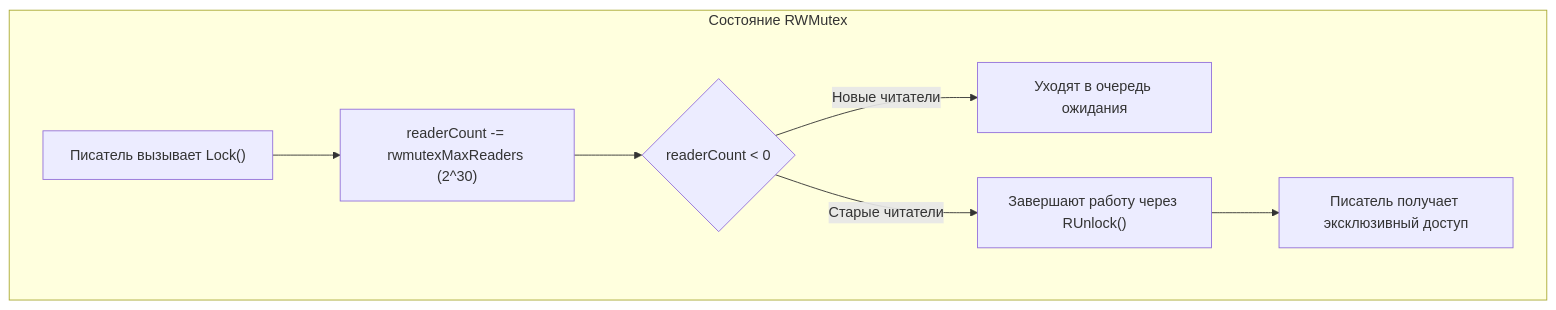
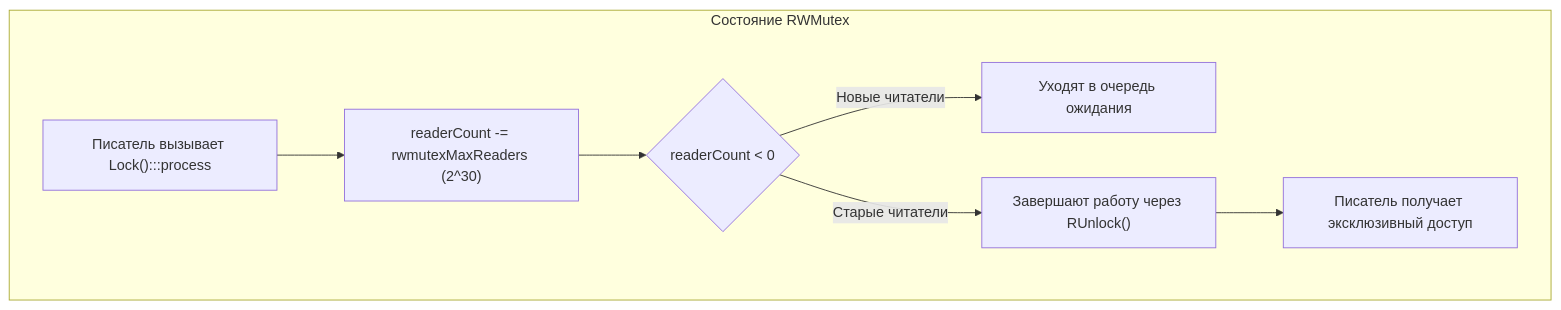
One commit to UnrealTemplier/go-textbook changed the third of 3 diagrams in sources/5. Учебник по Go (Основы и синтаксис)/40. sync.WaitGroup, Mutex, RWMutex.md. Above: the diagram before and after it, drawn with Mermaid. The commit also changed other lines of this file and 1666 other files, not shown here.

First line of the commit message:
feat(mermaid): add semantic color classDef to 1369 colorless flowchart/graph diagrams

````diff
--- a/sources/5. Учебник по Go (Основы и синтаксис)/40. sync.WaitGroup, Mutex, RWMutex.md
+++ b/sources/5. Учебник по Go (Основы и синтаксис)/40. sync.WaitGroup, Mutex, RWMutex.md
@@ -131,10 +151,20 @@
 ```mermaid
 flowchart TD
+    classDef process  fill:#1e293b,stroke:#38bdf8,stroke-width:1px,color:#f8fafc
+    classDef success  fill:#064e3b,stroke:#34d399,stroke-width:1px,color:#f8fafc
+    classDef error    fill:#7f1d1d,stroke:#f87171,stroke-width:1px,color:#f8fafc
+    classDef warning  fill:#78350f,stroke:#fbbf24,stroke-width:1px,color:#f8fafc
+    classDef entry    fill:#1e3a5f,stroke:#38bdf8,stroke-width:2px,color:#f8fafc
+    classDef aux      fill:#334155,stroke:#64748b,stroke-width:1px,color:#f8fafc
+    classDef system   fill:#312e81,stroke:#a78bfa,stroke-width:1px,color:#f8fafc
+    classDef data     fill:#132d29,stroke:#2dd4bf,stroke-width:1px,color:#f8fafc
+    classDef network  fill:#881337,stroke:#fb7185,stroke-width:1px,color:#f8fafc
+    classDef accent   fill:#1e1b4b,stroke:#818cf8,stroke-width:1px,color:#f8fafc
     subgraph RWMutexState["Состояние RWMutex"]
-        W["Писатель вызывает Lock()"] --> Sub["readerCount -= rwmutexMaxReaders (2^30)"]
+        W["Писатель вызывает Lock():::process"] --> Sub["readerCount -= rwmutexMaxReaders (2^30)"]
         Sub --> Neg{"readerCount < 0"}
         Neg -->|"Новые читатели"| WaitQueue["Уходят в очередь ожидания"]
         Neg -->|"Старые читатели"| Finish["Завершают работу через RUnlock()"]
         Finish --> UnlockWriter["Писатель получает эксклюзивный доступ"]
     end
 ```
````
